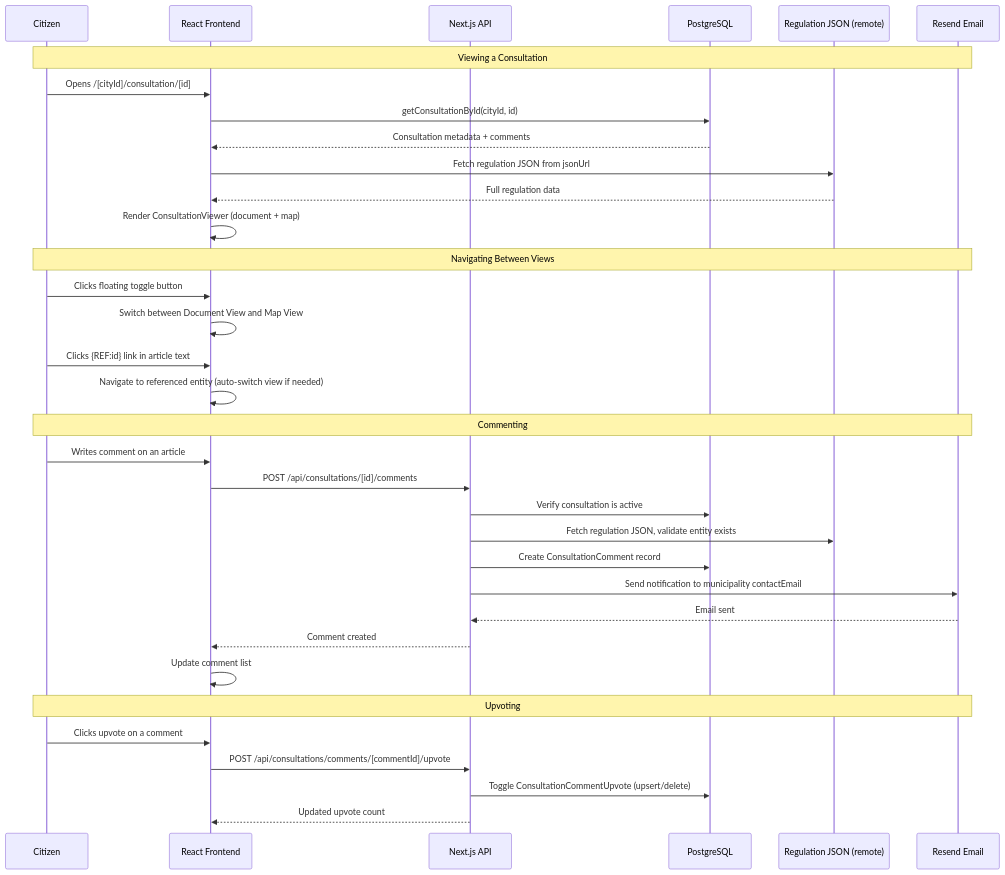
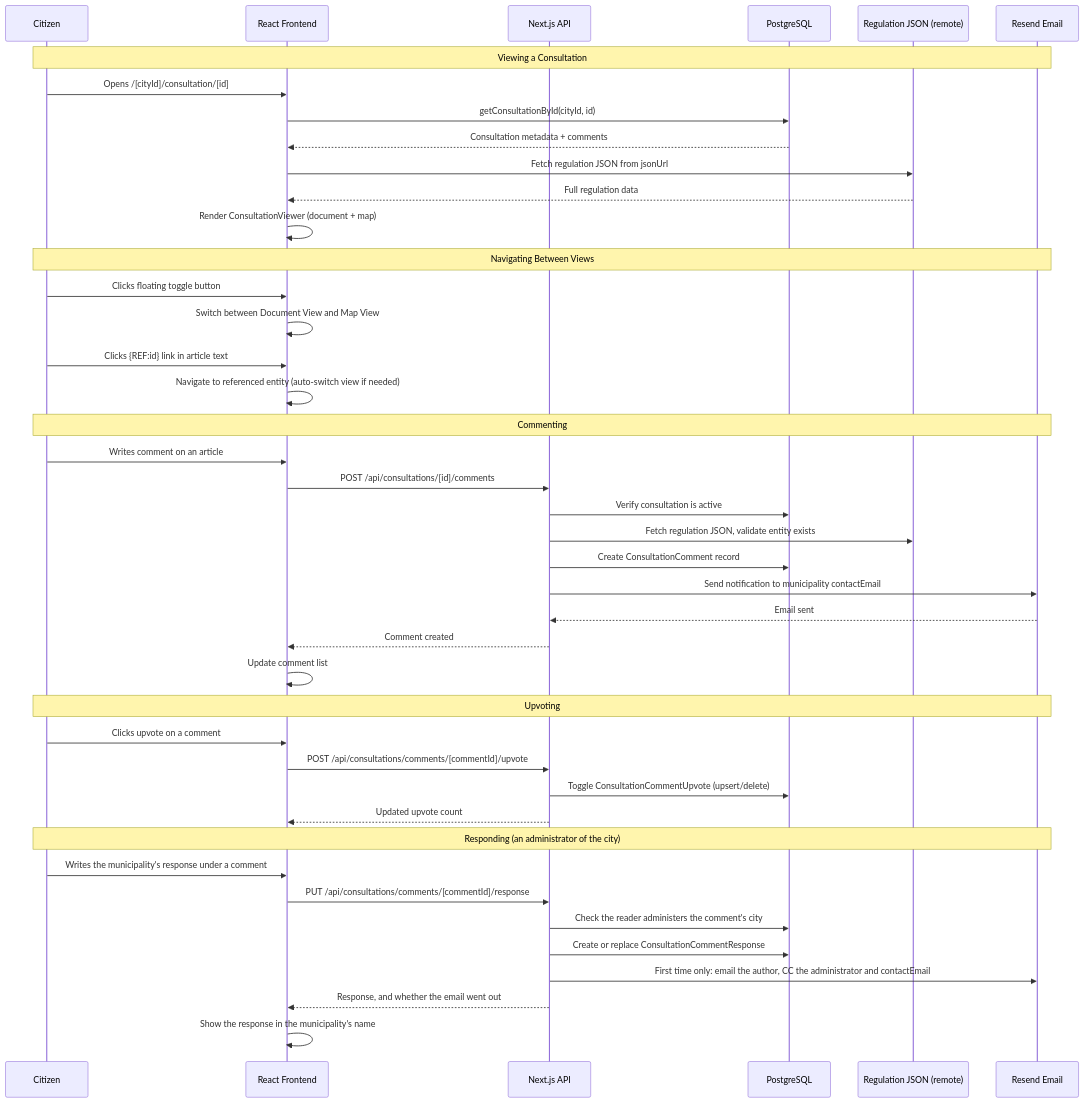
The diagram in docs/guides/consultations.md (schemalabz/opencouncil), drawn with Mermaid before and after one commit. The commit also changed other lines of this file and 1 other file, not shown here.

First line of the commit message:
docs(consultations): print and describe the municipality's responses

````diff
--- a/docs/guides/consultations.md
+++ b/docs/guides/consultations.md
@@ -61,40 +61,49 @@
 ```mermaid
 sequenceDiagram
     participant Citizen as Citizen
     participant Frontend as React Frontend
     participant API as Next.js API
     participant DB as PostgreSQL
     participant JSON as Regulation JSON (remote)
     participant Email as Resend Email
 
     Note over Citizen, Email: Viewing a Consultation
     Citizen->>Frontend: Opens /[cityId]/consultation/[id]
     Frontend->>DB: getConsultationById(cityId, id)
     DB-->>Frontend: Consultation metadata + comments
     Frontend->>JSON: Fetch regulation JSON from jsonUrl
     JSON-->>Frontend: Full regulation data
     Frontend->>Frontend: Render ConsultationViewer (document + map)
 
     Note over Citizen, Email: Navigating Between Views
     Citizen->>Frontend: Clicks floating toggle button
     Frontend->>Frontend: Switch between Document View and Map View
     Citizen->>Frontend: Clicks {REF:id} link in article text
     Frontend->>Frontend: Navigate to referenced entity (auto-switch view if needed)
 
     Note over Citizen, Email: Commenting
     Citizen->>Frontend: Writes comment on an article
     Frontend->>API: POST /api/consultations/[id]/comments
     API->>DB: Verify consultation is active
     API->>JSON: Fetch regulation JSON, validate entity exists
     API->>DB: Create ConsultationComment record
     API->>Email: Send notification to municipality contactEmail
     Email-->>API: Email sent
     API-->>Frontend: Comment created
     Frontend->>Frontend: Update comment list
 
     Note over Citizen, Email: Upvoting
     Citizen->>Frontend: Clicks upvote on a comment
     Frontend->>API: POST /api/consultations/comments/[commentId]/upvote
     API->>DB: Toggle ConsultationCommentUpvote (upsert/delete)
     API-->>Frontend: Updated upvote count
+
+    Note over Citizen, Email: Responding (an administrator of the city)
+    Citizen->>Frontend: Writes the municipality's response under a comment
+    Frontend->>API: PUT /api/consultations/comments/[commentId]/response
+    API->>DB: Check the reader administers the comment's city
+    API->>DB: Create or replace ConsultationCommentResponse
+    API->>Email: First time only: email the author, CC the administrator and contactEmail
+    API-->>Frontend: Response, and whether the email went out
+    Frontend->>Frontend: Show the response in the municipality's name
 ```
````
